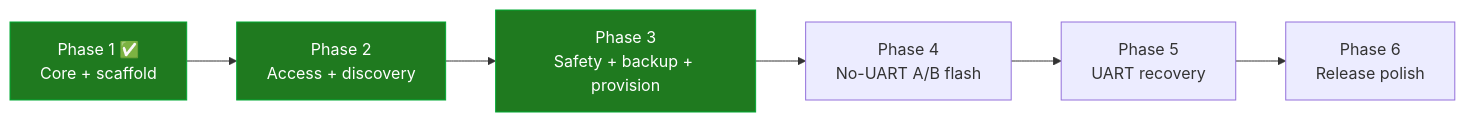
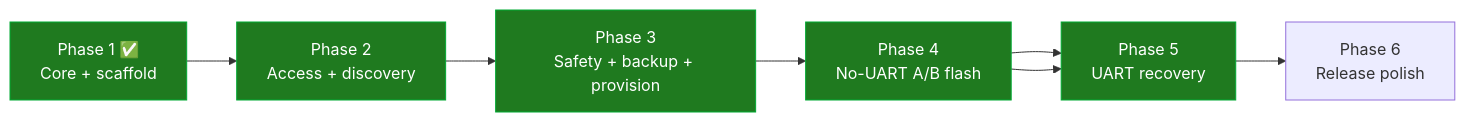
One commit to ParkWardRR/pelegrun-ap-hk07-firmware-tools changed the diagram in ROADMAP-DEV.md. Above: the diagram before and after it, drawn with Mermaid. The commit also changed other lines of this file and 24 other files, not shown here.

````diff
--- a/ROADMAP-DEV.md
+++ b/ROADMAP-DEV.md
@@ -5,13 +5,14 @@
 ```mermaid
 flowchart LR
   P1[Phase 1 ✅<br/>Core + scaffold] --> P2[Phase 2<br/>Access + discovery]
   P2 --> P3[Phase 3<br/>Safety + backup + provision]
   P3 --> P4[Phase 4<br/>No-UART A/B flash]
   P4 --> P5[Phase 5<br/>UART recovery]
   P5 --> P6[Phase 6<br/>Release polish]
+  P4 --> P5
   style P1 fill:#1f7a1f,stroke:#0a3,color:#fff
   style P2 fill:#1f7a1f,stroke:#0a3,color:#fff
   style P3 fill:#1f7a1f,stroke:#0a3,color:#fff
-  style P2 fill:#1f7a1f,stroke:#0a3,color:#fff
-  style P3 fill:#1f7a1f,stroke:#0a3,color:#fff
+  style P4 fill:#1f7a1f,stroke:#0a3,color:#fff
+  style P5 fill:#1f7a1f,stroke:#0a3,color:#fff
 ```
````
